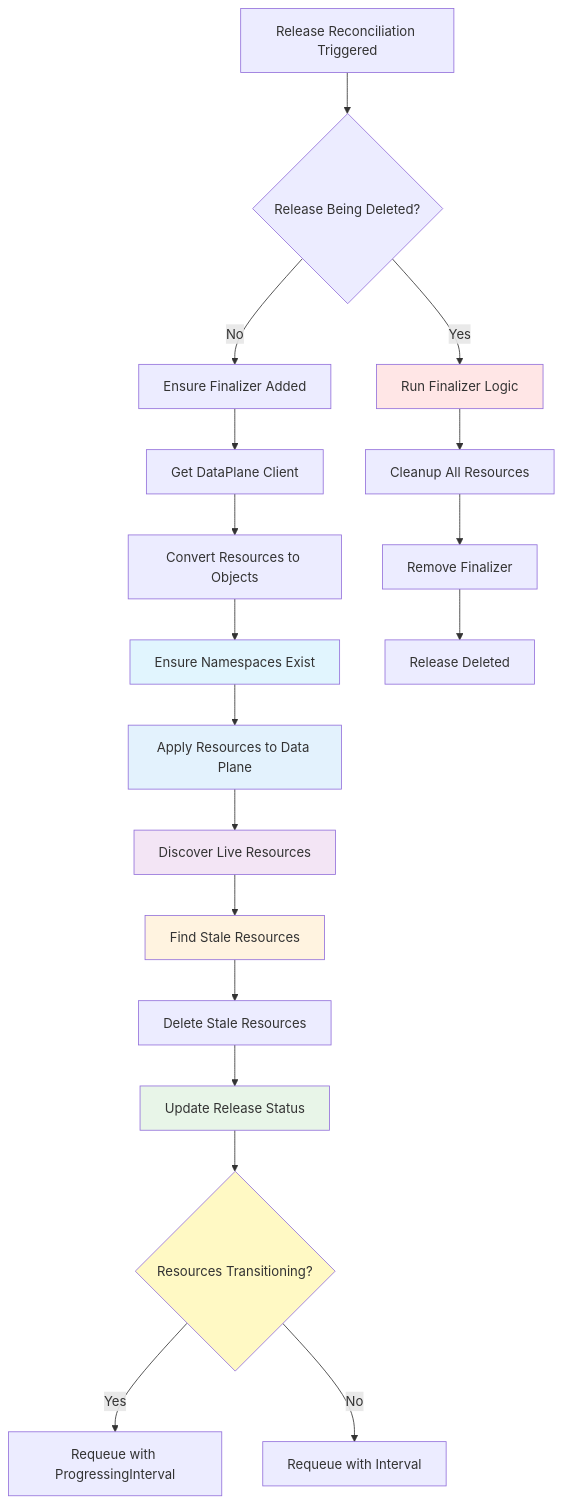
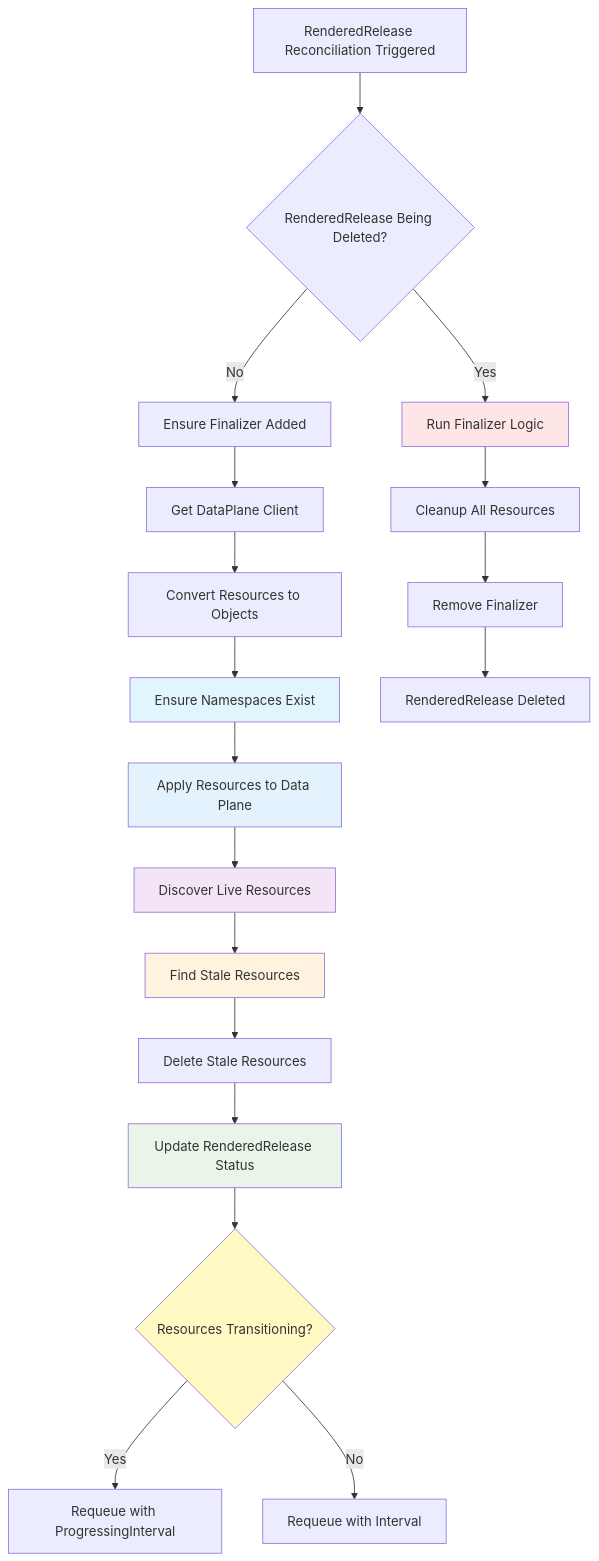
The second of 2 diagrams in docs/crds/renderedrelease.md (openchoreo/openchoreo), drawn with Mermaid before and after one commit. The commit also changed other lines of this file and 3 other files, not shown here.

````diff
--- a/docs/crds/renderedrelease.md
+++ b/docs/crds/renderedrelease.md
@@ -66,32 +66,32 @@
 ```mermaid
 graph TD
-    A[Release Reconciliation Triggered] --> B{Release Being Deleted?}
+    A[RenderedRelease Reconciliation Triggered] --> B{RenderedRelease Being Deleted?}
     B -->|Yes| C[Run Finalizer Logic]
     B -->|No| D[Ensure Finalizer Added]
     
     D --> E[Get DataPlane Client]
     E --> F[Convert Resources to Objects]
     F --> G[Ensure Namespaces Exist]
     G --> H[Apply Resources to Data Plane]
     
     H --> I[Discover Live Resources]
     I --> J[Find Stale Resources]
     J --> K[Delete Stale Resources]
     
-    K --> L[Update Release Status]
+    K --> L[Update RenderedRelease Status]
     L --> M{Resources Transitioning?}
     M -->|Yes| N[Requeue with ProgressingInterval]
     M -->|No| O[Requeue with Interval]
     
     C --> P[Cleanup All Resources]
     P --> Q[Remove Finalizer]
-    Q --> R[Release Deleted]
+    Q --> R[RenderedRelease Deleted]
     
     style G fill:#e1f5fe
     style H fill:#e3f2fd
     style I fill:#f3e5f5
     style J fill:#fff3e0
     style L fill:#e8f5e8
     style C fill:#ffe6e6
     style M fill:#fff9c4
 ```
````
